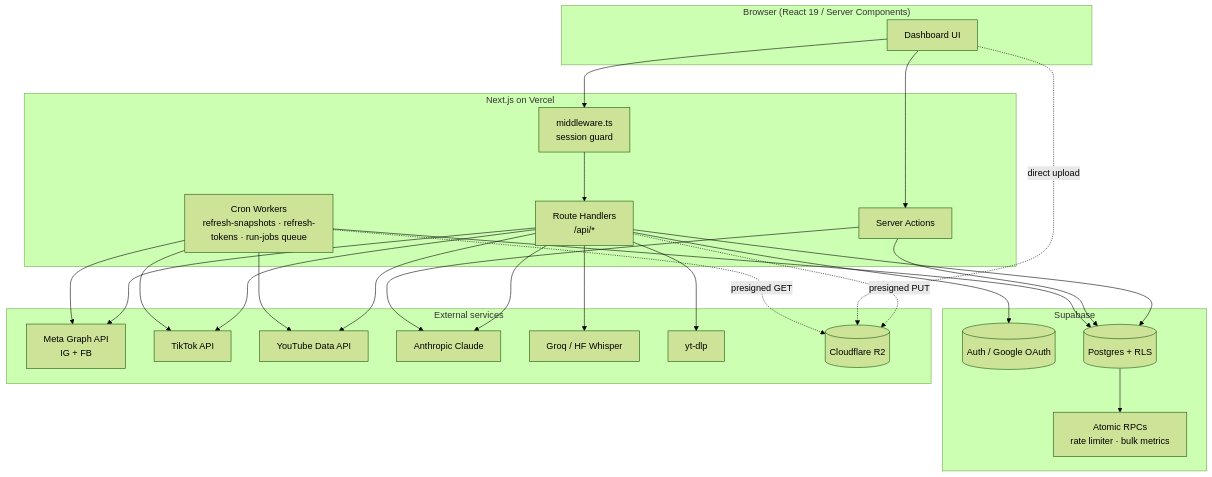
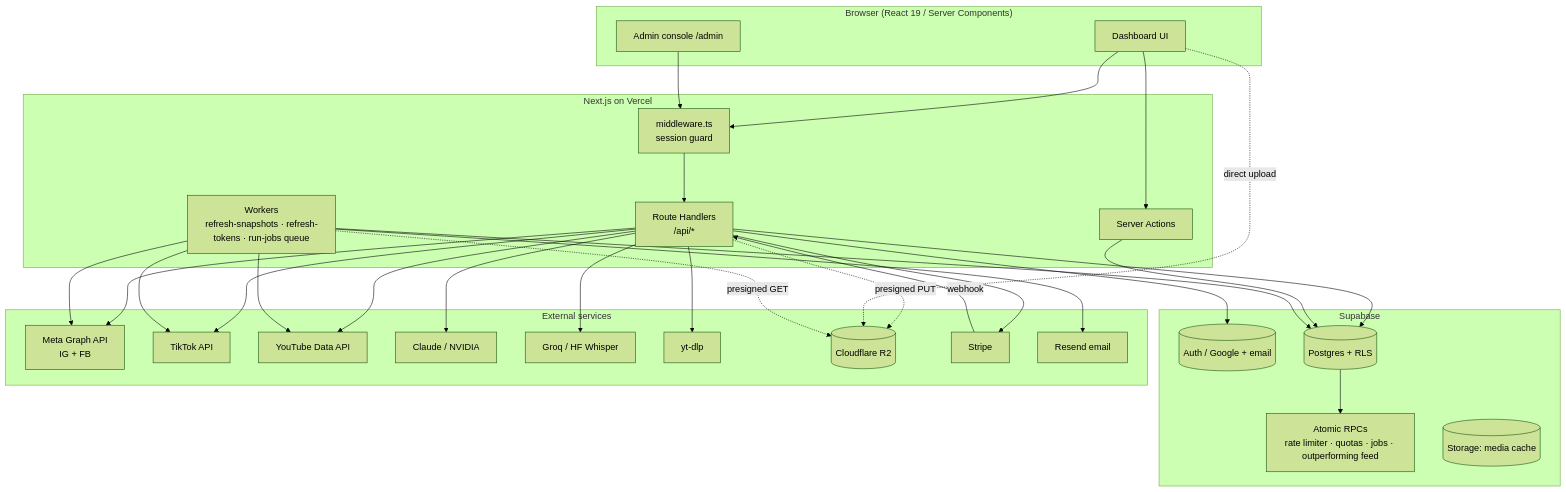
One commit to EngMajdSayedTaha/reelspy changed the first of 11 diagrams in docs/product/01-technical-documentation.md. Above: the diagram before and after it, drawn with Mermaid (forest theme). The commit also changed other lines of this file and 11 other files, not shown here.

````diff
--- a/docs/product/01-technical-documentation.md
+++ b/docs/product/01-technical-documentation.md
@@ -37,43 +41,46 @@
 ```mermaid
 flowchart TB
     subgraph Client["Browser (React 19 / Server Components)"]
         UI[Dashboard UI]
+        ADM[Admin console /admin]
     end
 
     subgraph Vercel["Next.js on Vercel"]
         MW[middleware.ts<br/>session guard]
         RH[Route Handlers<br/>/api/*]
         SA[Server Actions]
-        CRON[Cron Workers<br/>refresh-snapshots · refresh-tokens · run-jobs queue]
+        CRON[Workers<br/>refresh-snapshots · refresh-tokens · run-jobs queue]
     end
 
     subgraph Supabase["Supabase"]
-        AUTH[(Auth / Google OAuth)]
+        AUTH[(Auth / Google + email)]
         DB[(Postgres + RLS)]
-        RPC[Atomic RPCs<br/>rate limiter · bulk metrics]
+        RPC[Atomic RPCs<br/>rate limiter · quotas · jobs · outperforming feed]
+        ST[(Storage: media cache)]
     end
 
     subgraph External["External services"]
         META[Meta Graph API<br/>IG + FB]
         TT[TikTok API]
         YT[YouTube Data API]
-        CLAUDE[Anthropic Claude]
+        AI[Claude / NVIDIA]
         WHISPER[Groq / HF Whisper]
         YTDLP[yt-dlp]
         R2[(Cloudflare R2)]
+        STRIPE[Stripe]
+        RESEND[Resend email]
     end
 
     UI --> MW --> RH
     UI --> SA
-    RH --> DB
+    ADM --> MW
+    RH --> DB & AUTH
     SA --> DB
-    RH --> AUTH
-    RH --> META & TT & YT & CLAUDE & WHISPER & YTDLP
-    SA --> CLAUDE
+    RH --> META & TT & YT & AI & WHISPER & YTDLP & STRIPE
+    STRIPE -- webhook --> RH
     RH -. presigned PUT .-> R2
     UI -. direct upload .-> R2
     DB --> RPC
-    CRON --> DB
-    CRON --> META & TT & YT
+    CRON --> DB & META & TT & YT & RESEND
     CRON -. presigned GET .-> R2
 ```
````
